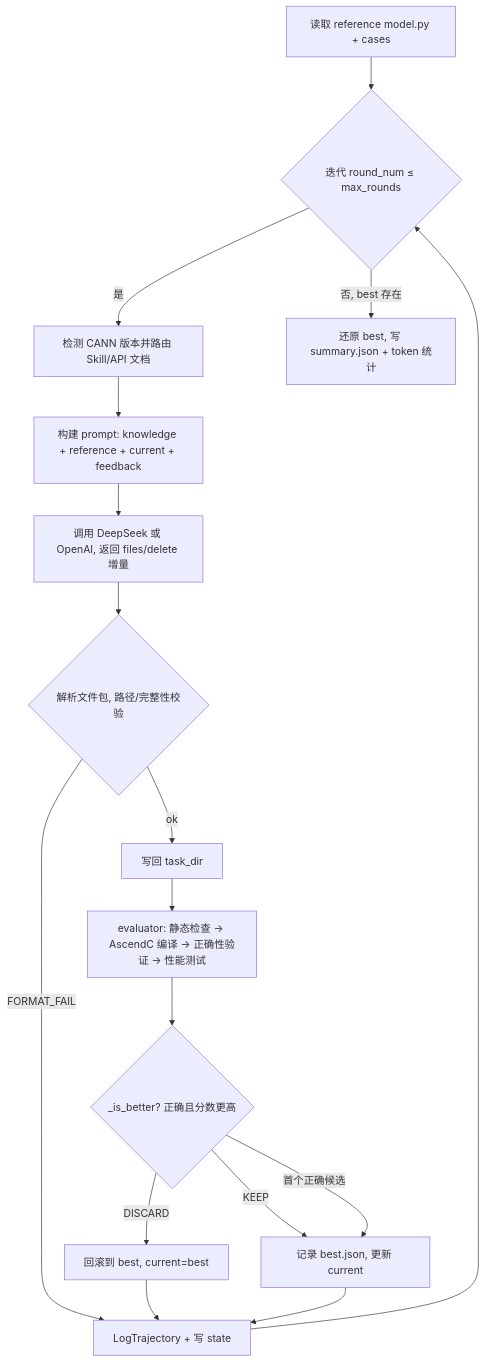
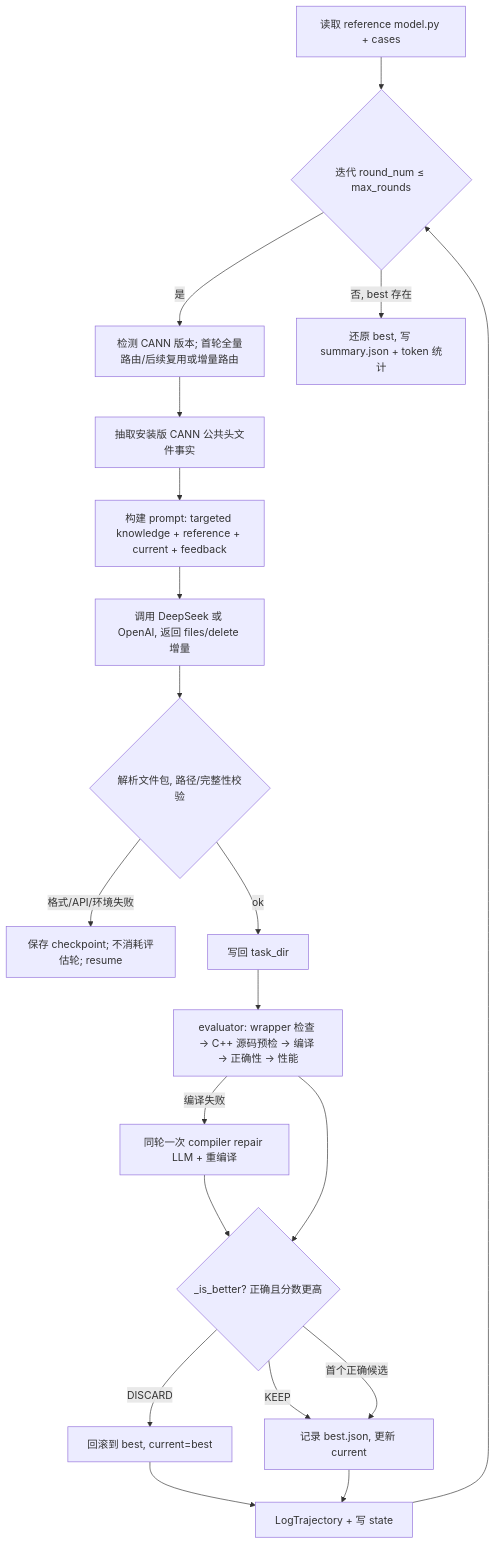
Before and after one commit to Bo1222/CannAgent: the second of 2 diagrams in README.md, drawn with Mermaid. The commit also changed other lines of this file and 28 other files, not shown here.

````diff
--- a/README.md
+++ b/README.md
@@ -125,19 +125,22 @@
 ```mermaid
 flowchart TD
     R0[读取 reference model.py + cases] --> P{迭代 round_num ≤ max_rounds}
-    P -->|是| B[检测 CANN 版本并路由 Skill/API 文档]
-    B --> C0[构建 prompt: knowledge + reference + current + feedback]
+    P -->|是| B[检测 CANN 版本; 首轮全量路由/后续复用或增量路由]
+    B --> H[抽取安装版 CANN 公共头文件事实]
+    H --> C0[构建 prompt: targeted knowledge + reference + current + feedback]
     C0 --> L[调用 DeepSeek 或 OpenAI, 返回 files/delete 增量]
     L --> F{解析文件包, 路径/完整性校验}
-    F -->|FORMAT_FAIL| E
+    F -->|格式/API/环境失败| X[保存 checkpoint; 不消耗评估轮; resume]
     F -->|ok| A[写回 task_dir]
-    A --> C[evaluator: 静态检查 → AscendC 编译 → 正确性验证 → 性能测试]
+    A --> C[evaluator: wrapper 检查 → C++ 源码预检 → 编译 → 正确性 → 性能]
+    C -->|编译失败| CR[同轮一次 compiler repair LLM + 重编译]
+    CR --> D
     C --> D{_is_better? 正确且分数更高}
     D -->|KEEP| K[记录 best.json, 更新 current]
     D -->|DISCARD| G[回滚到 best, current=best]
     D -->|首个正确候选| K
     G --> E[LogTrajectory + 写 state]
     K --> E
     E --> P
     P -->|否, best 存在| Z[还原 best, 写 summary.json + token 统计]
 ```
````
